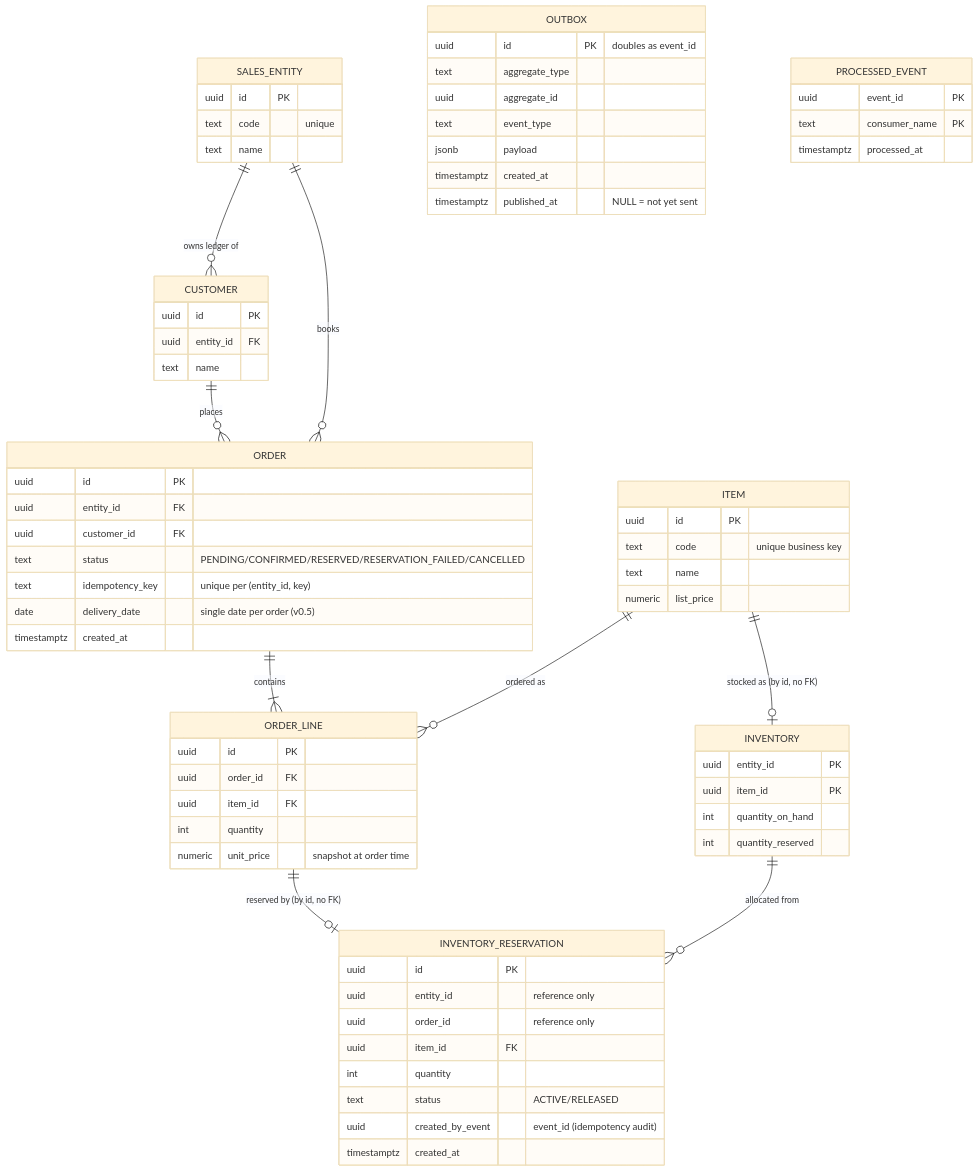
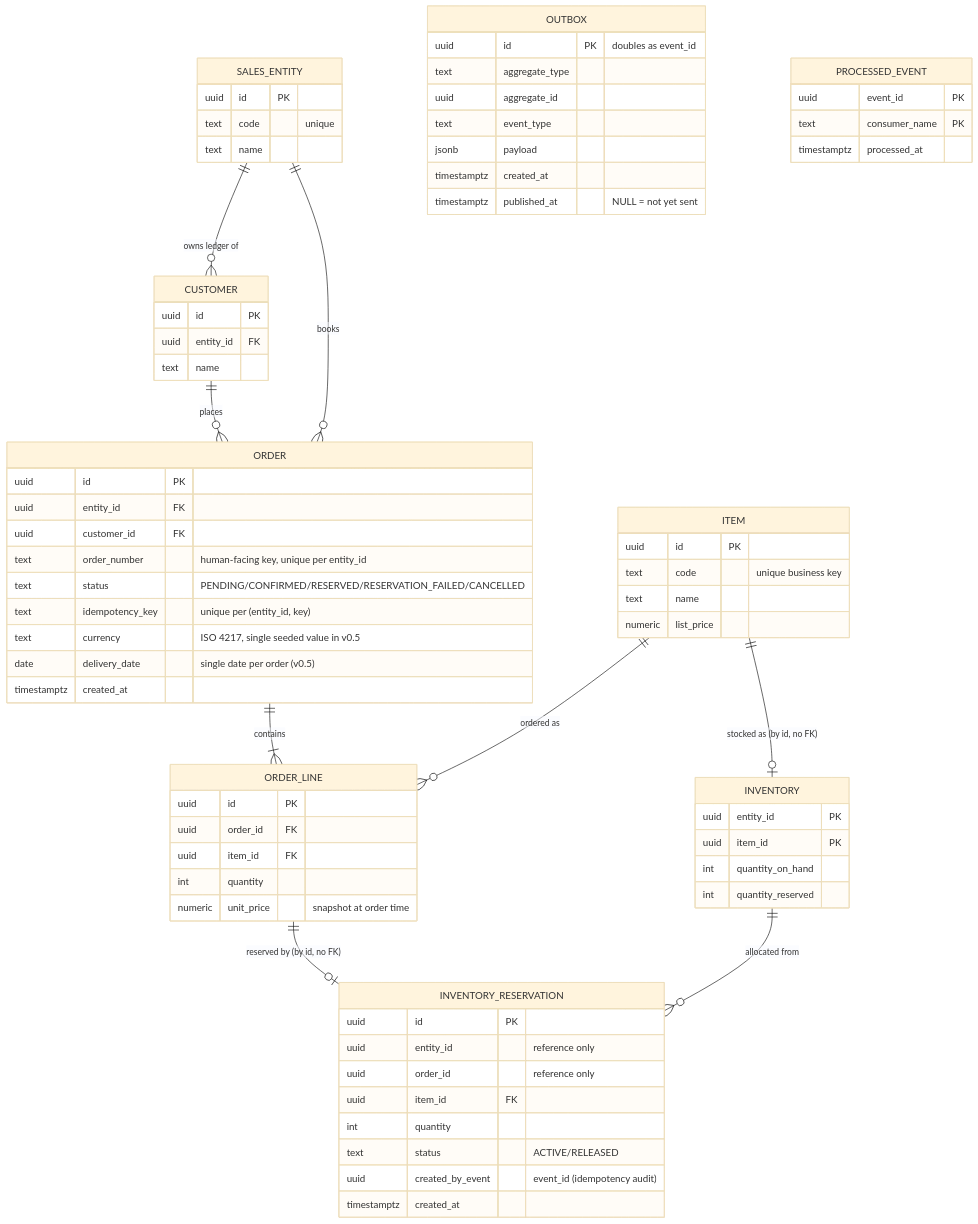
Before and after one commit to ikuko-otani/event-driven-orders: the first of 2 diagrams in docs/design/domain-design.md, drawn with Mermaid (base theme). The commit also changed other lines of this file, not shown here.

First line of the commit message:
docs(design): bake in order_number and currency, codify bake-in test

````diff
--- a/docs/design/domain-design.md
+++ b/docs/design/domain-design.md
@@ -62,74 +62,76 @@
 ```mermaid
 erDiagram
     SALES_ENTITY ||--o{ CUSTOMER : "owns ledger of"
     SALES_ENTITY ||--o{ ORDER : books
     CUSTOMER ||--o{ ORDER : places
     ORDER ||--|{ ORDER_LINE : contains
     ITEM ||--o{ ORDER_LINE : "ordered as"
     ITEM ||--o| INVENTORY : "stocked as (by id, no FK)"
     INVENTORY ||--o{ INVENTORY_RESERVATION : "allocated from"
     ORDER_LINE ||--o| INVENTORY_RESERVATION : "reserved by (by id, no FK)"
 
     SALES_ENTITY {
         uuid id PK
         text code "unique"
         text name
     }
     CUSTOMER {
         uuid id PK
         uuid entity_id FK
         text name
     }
     ORDER {
         uuid id PK
         uuid entity_id FK
         uuid customer_id FK
+        text order_number "human-facing key, unique per entity_id"
         text status "PENDING/CONFIRMED/RESERVED/RESERVATION_FAILED/CANCELLED"
         text idempotency_key "unique per (entity_id, key)"
+        text currency "ISO 4217, single seeded value in v0.5"
         date delivery_date "single date per order (v0.5)"
         timestamptz created_at
     }
     ORDER_LINE {
         uuid id PK
         uuid order_id FK
         uuid item_id FK
         int quantity
         numeric unit_price "snapshot at order time"
     }
     ITEM {
         uuid id PK
         text code "unique business key"
         text name
         numeric list_price
     }
     INVENTORY {
         uuid entity_id PK
         uuid item_id PK
         int quantity_on_hand
         int quantity_reserved
     }
     INVENTORY_RESERVATION {
         uuid id PK
         uuid entity_id "reference only"
         uuid order_id "reference only"
         uuid item_id FK
         int quantity
         text status "ACTIVE/RELEASED"
         uuid created_by_event "event_id (idempotency audit)"
         timestamptz created_at
     }
     OUTBOX {
         uuid id PK "doubles as event_id"
         text aggregate_type
         uuid aggregate_id
         text event_type
         jsonb payload
         timestamptz created_at
         timestamptz published_at "NULL = not yet sent"
     }
     PROCESSED_EVENT {
         uuid event_id PK
         text consumer_name PK
         timestamptz processed_at
     }
 ```
````
